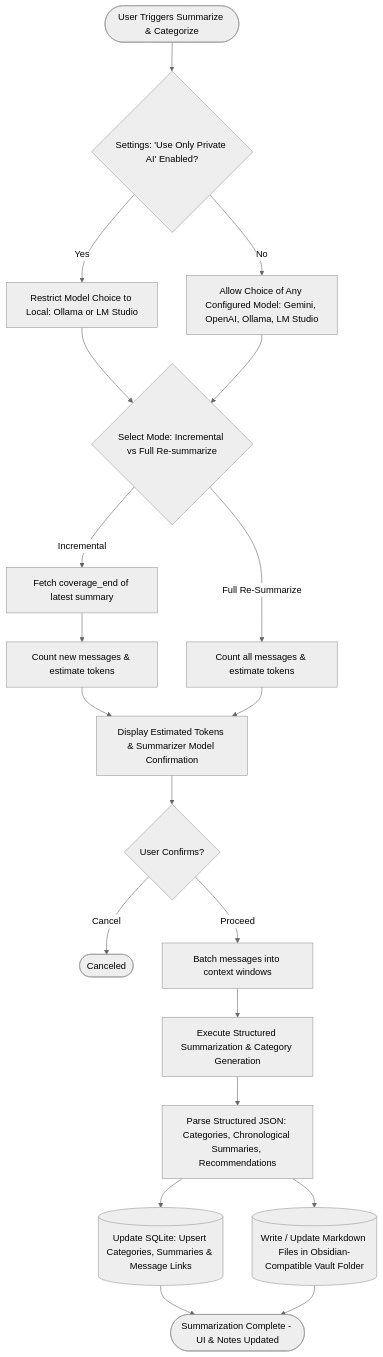
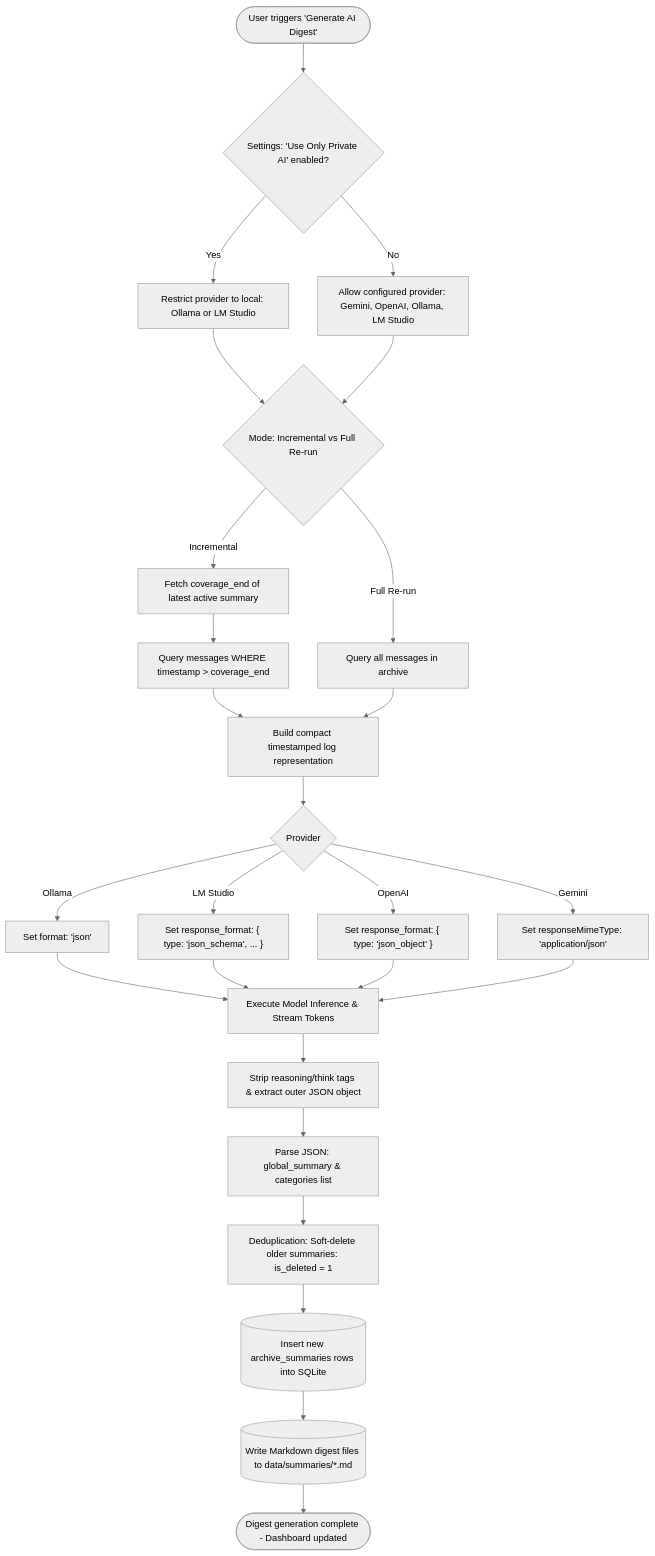
The fourth of 6 diagrams in System_Architecture_and_Processes.md (DeanEGardiner/PersonalAIArchive), drawn with Mermaid (neutral theme) before and after one commit. The commit also changed other lines of this file and 23 other files, not shown here.

````diff
--- a/System_Architecture_and_Processes.md
+++ b/System_Architecture_and_Processes.md
@@ -287,28 +343,35 @@
 ```mermaid
 flowchart TD
-    Start([User Triggers Summarize & Categorize]) --> CheckPrivacy{Settings: 'Use Only Private AI' Enabled?}
-    CheckPrivacy -->|Yes| ForceLocal[Restrict Model Choice to Local: Ollama or LM Studio]
-    CheckPrivacy -->|No| AllowAll[Allow Choice of Any Configured Model: Gemini, OpenAI, Ollama, LM Studio]
-    
-    ForceLocal --> ModeSelect{Select Mode: Incremental vs Full Re-summarize}
-    AllowAll --> ModeSelect
-    
-    ModeSelect -->|Incremental| CheckLast[Fetch coverage_end of latest summary]
-    CheckLast --> CalcDelta[Count new messages & estimate tokens]
-    ModeSelect -->|Full Re-Summarize| CalcAll[Count all messages & estimate tokens]
-    
-    CalcDelta --> ShowPreview[Display Estimated Tokens & Summarizer Model Confirmation]
-    CalcAll --> ShowPreview
-    
-    ShowPreview --> Confirm{User Confirms?}
-    Confirm -->|Cancel| Abort([Canceled])
-    Confirm -->|Proceed| Batch[Batch messages into context windows]
-    
-    Batch --> SendAI[Execute Structured Summarization & Category Generation]
-    SendAI --> ParseResp[Parse Structured JSON: Categories, Chronological Summaries, Recommendations]
-    
-    ParseResp --> SaveDB[(Update SQLite: Upsert Categories, Summaries & Message Links)]
-    ParseResp --> WriteMD[(Write / Update Markdown Files in Obsidian-Compatible Vault Folder)]
-    SaveDB --> Done([Summarization Complete - UI & Notes Updated])
-    WriteMD --> Done
+    Start([User triggers 'Generate AI Digest']) --> CheckPrivacy{Settings: 'Use Only Private AI' enabled?}
+    CheckPrivacy -->|Yes| EnforceLocal[Restrict provider to local: Ollama or LM Studio]
+    CheckPrivacy -->|No| AllowAll[Allow configured provider: Gemini, OpenAI, Ollama, LM Studio]
+
+    EnforceLocal --> SelectMode{Mode: Incremental vs Full Re-run}
+    AllowAll --> SelectMode
+
+    SelectMode -->|Incremental| GetCoverage[Fetch coverage_end of latest active summary]
+    GetCoverage --> FetchNew[Query messages WHERE timestamp > coverage_end]
+    SelectMode -->|Full Re-run| FetchAll[Query all messages in archive]
+
+    FetchNew --> BuildArchiveText[Build compact timestamped log representation]
+    FetchAll --> BuildArchiveText
+
+    BuildArchiveText --> ProviderDispatch{Provider}
+    ProviderDispatch -->|Ollama| OllamaFormat[Set format: 'json']
+    ProviderDispatch -->|LM Studio| LMStudioFormat["Set response_format: { type: 'json_schema', ... }"]
+    ProviderDispatch -->|OpenAI| OpenAIFormat["Set response_format: { type: 'json_object' }"]
+    ProviderDispatch -->|Gemini| GeminiFormat[Set responseMimeType: 'application/json']
+
+    OllamaFormat --> ExecuteAI[Execute Model Inference & Stream Tokens]
+    LMStudioFormat --> ExecuteAI
+    OpenAIFormat --> ExecuteAI
+    GeminiFormat --> ExecuteAI
+
+    ExecuteAI --> CleanJSON[Strip reasoning/think tags & extract outer JSON object]
+    CleanJSON --> ParseJSON[Parse JSON: global_summary & categories list]
+
+    ParseJSON --> Deduplicate[Deduplication: Soft-delete older summaries: is_deleted = 1]
+    Deduplicate --> SaveDB[(Insert new archive_summaries rows into SQLite)]
+    SaveDB --> WriteDisk[(Write Markdown digest files to data/summaries/*.md)]
+    WriteDisk --> Complete([Digest generation complete - Dashboard updated])
 ```
````
